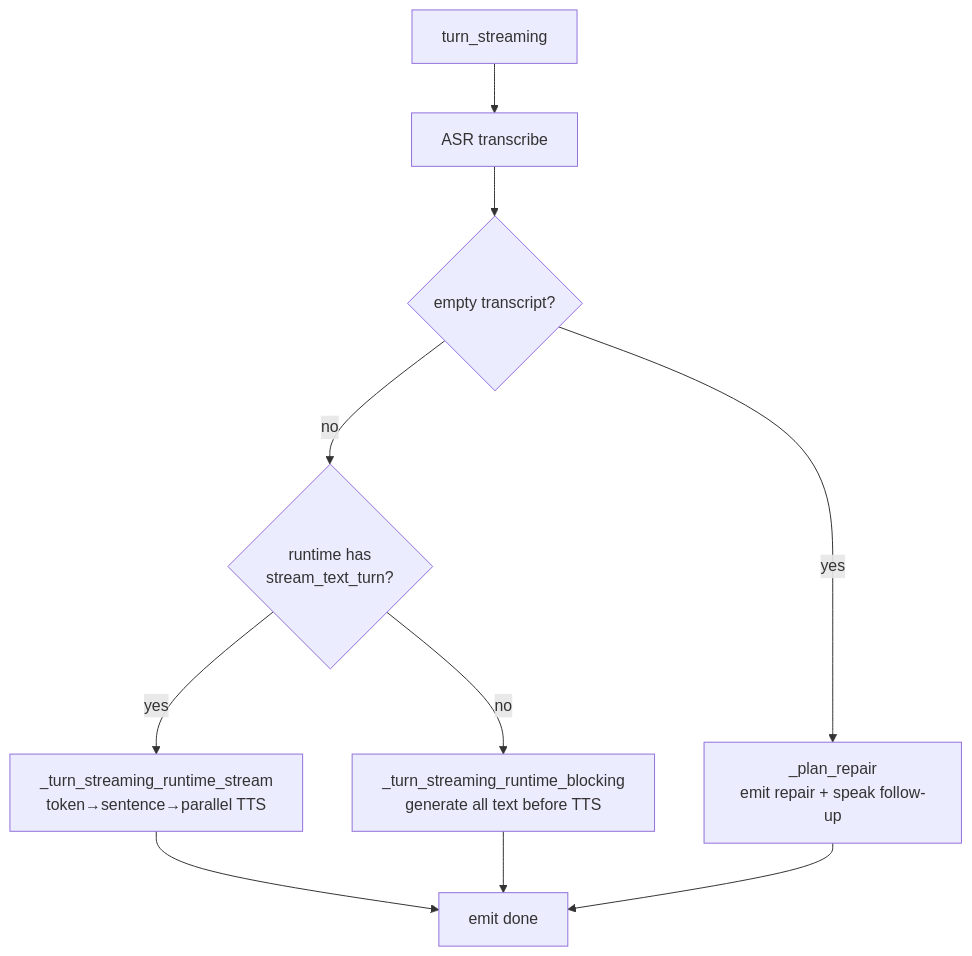
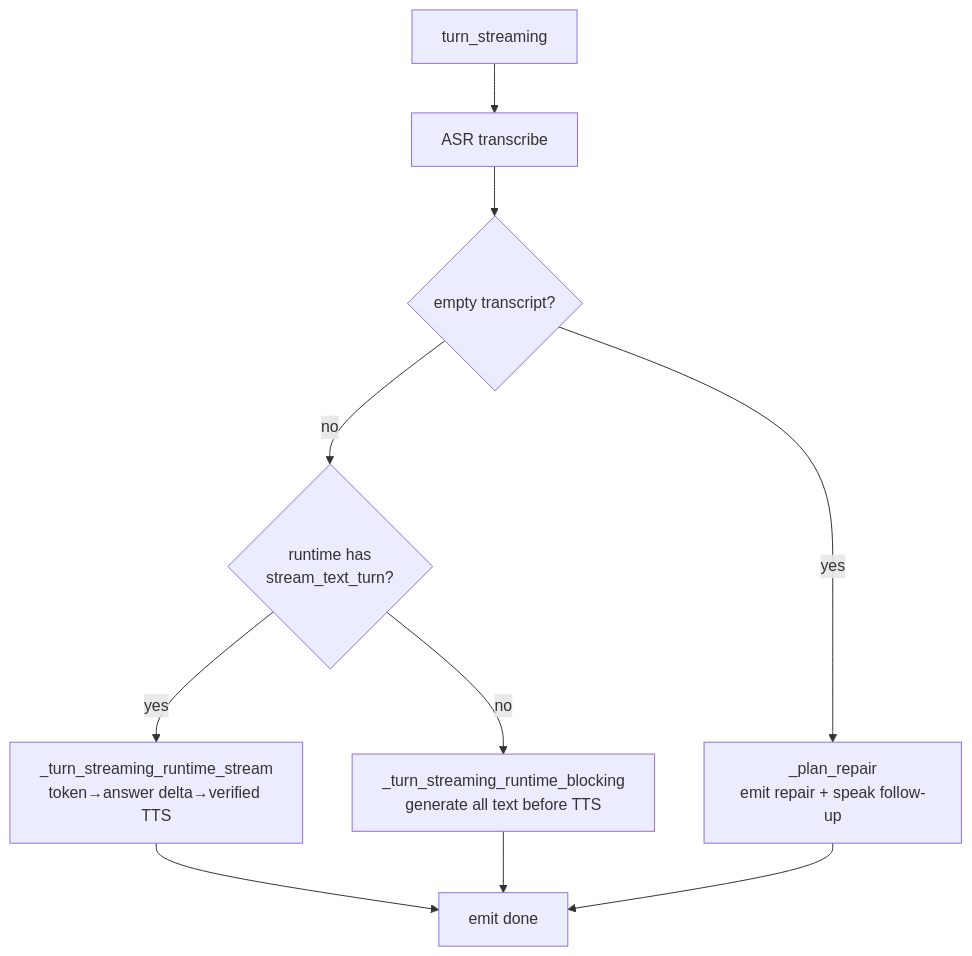
Before and after one commit to finalflash159/soca: the second of 5 diagrams in docs/03-voice-pipeline.md, drawn with Mermaid. The commit also changed other lines of this file and 10 other files, not shown here.

````diff
--- a/docs/03-voice-pipeline.md
+++ b/docs/03-voice-pipeline.md
@@ -34,12 +34,12 @@
 ```mermaid
 flowchart TD
     S[turn_streaming] --> ASR[ASR transcribe]
     ASR --> Q{empty transcript?}
     Q -->|yes| REP[_plan_repair<br/>emit repair + speak follow-up]
     Q -->|no| HAS{runtime has<br/>stream_text_turn?}
-    HAS -->|yes| STREAM[_turn_streaming_runtime_stream<br/>token→sentence→parallel TTS]
+    HAS -->|yes| STREAM[_turn_streaming_runtime_stream<br/>token→answer delta→verified TTS]
     HAS -->|no| BLOCK[_turn_streaming_runtime_blocking<br/>generate all text before TTS]
     STREAM --> DONE[emit done]
     BLOCK --> DONE
     REP --> DONE
 ```
````
